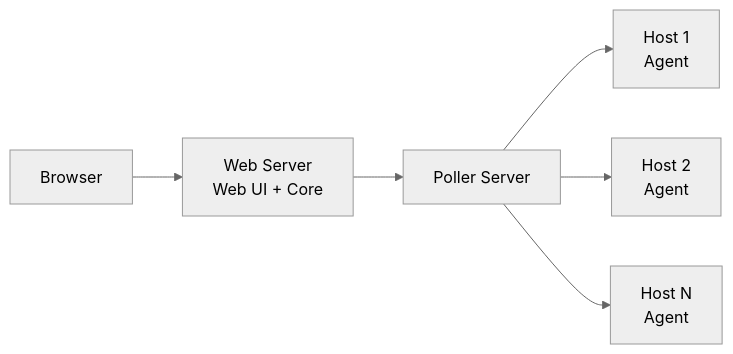
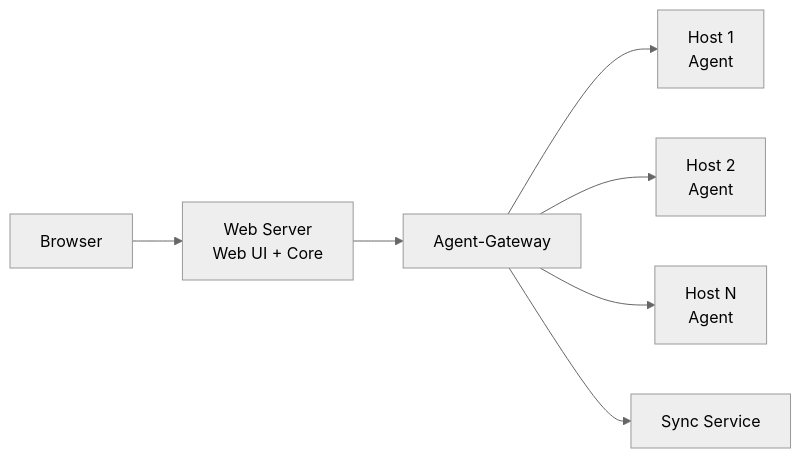
One commit to carverauto/serviceradar changed the fifth of 7 diagrams in docs/docs/architecture.md. Above: the diagram before and after it, drawn with Mermaid (neutral theme). The commit also changed other lines of this file and 21 other files, not shown here.

````diff
--- a/docs/docs/architecture.md
+++ b/docs/docs/architecture.md
@@ -328,8 +350,9 @@
 ```mermaid
 graph LR
     Browser[Browser] --> WebServer[Web Server<br/>Web UI + Core]
-    WebServer --> PollerServer[Poller Server]
-    PollerServer --> AgentServer1[Host 1<br/>Agent]
-    PollerServer --> AgentServer2[Host 2<br/>Agent]
-    PollerServer --> AgentServerN[Host N<br/>Agent]
+    WebServer --> GatewayServer[Agent-Gateway]
+    GatewayServer --> AgentServer1[Host 1<br/>Agent]
+    GatewayServer --> AgentServer2[Host 2<br/>Agent]
+    GatewayServer --> AgentServerN[Host N<br/>Agent]
+    GatewayServer --> SyncService[Sync Service]
 ```
````
